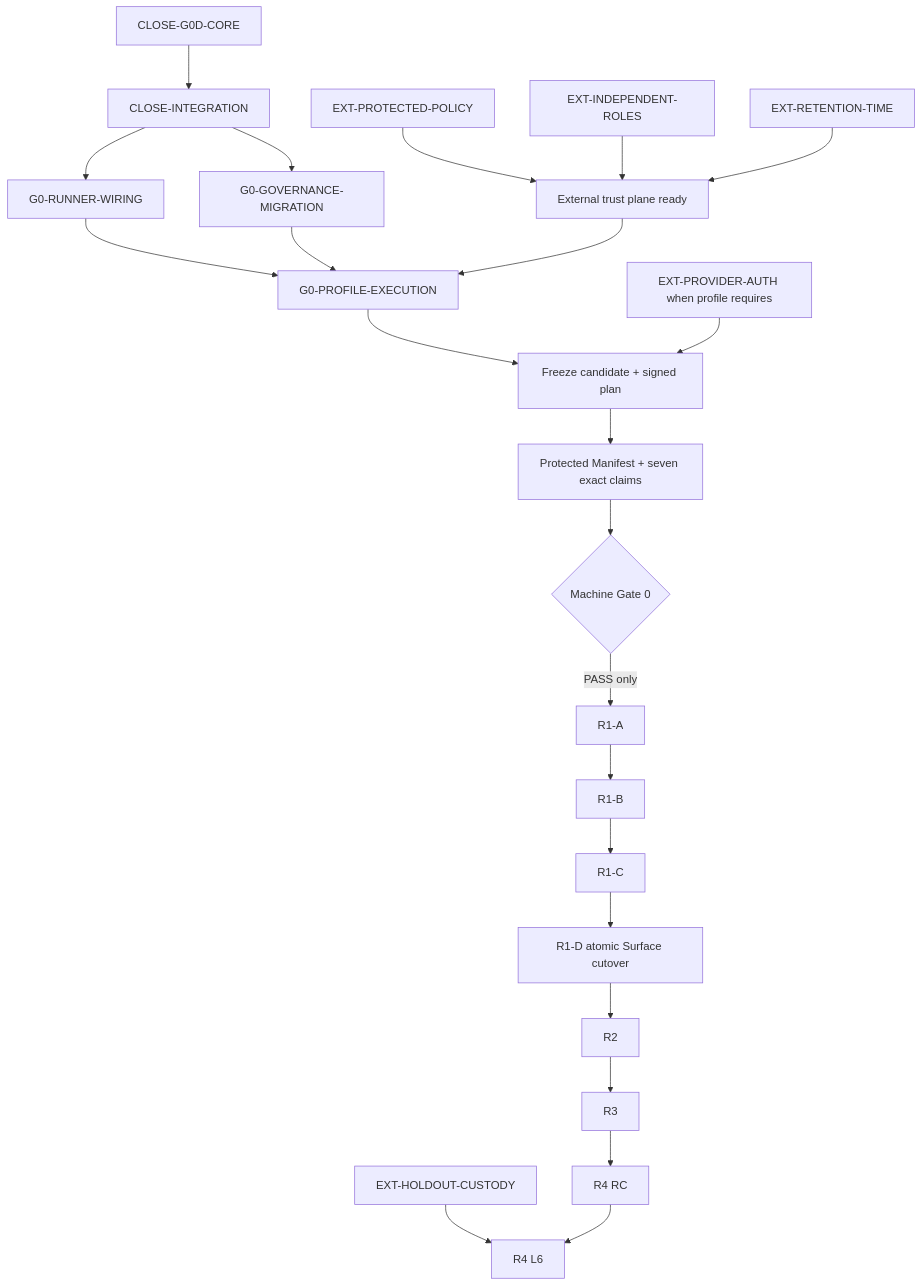
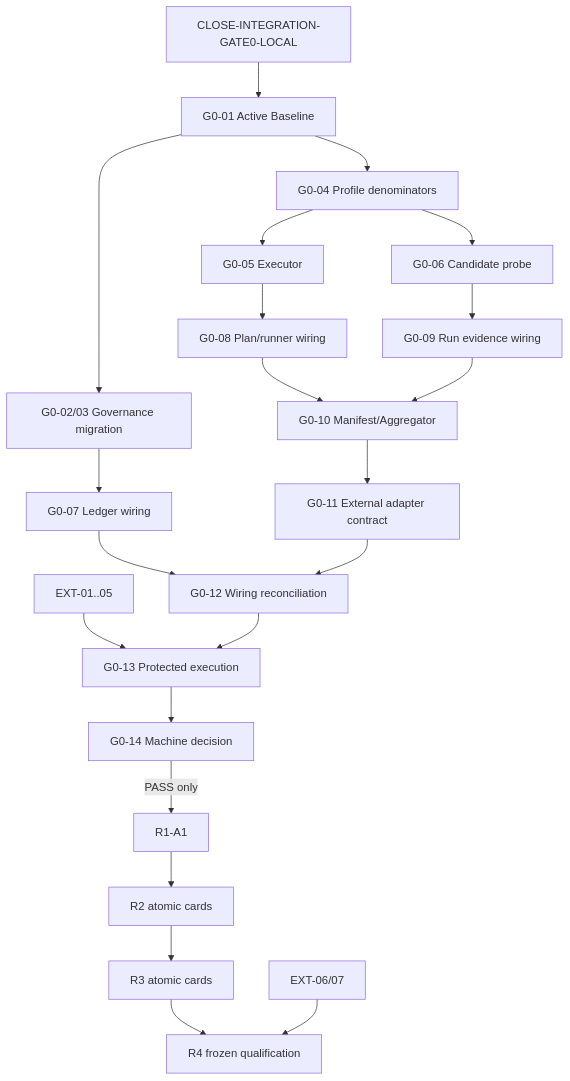
Before and after one commit to FrankFdb/devseek: the diagram in docs/top-agent-convergence-audit-20260711/14-未完成事项与后续整体迭代计划.md, drawn with Mermaid. The commit also changed other lines of this file and 22 other files, not shown here.

Commit message:
feat(governance): close Gate 0 local decision loop

````diff
--- a/docs/top-agent-convergence-audit-20260711/14-未完成事项与后续整体迭代计划.md
+++ b/docs/top-agent-convergence-audit-20260711/14-未完成事项与后续整体迭代计划.md
@@ -95,25 +173,24 @@
 ```mermaid
 flowchart TD
-    A[CLOSE-G0D-CORE] --> B[CLOSE-INTEGRATION]
-    B --> C[G0-RUNNER-WIRING]
-    B --> D[G0-GOVERNANCE-MIGRATION]
-    E[EXT-PROTECTED-POLICY] --> F[External trust plane ready]
-    E2[EXT-INDEPENDENT-ROLES] --> F
-    E3[EXT-RETENTION-TIME] --> F
-    C --> G[G0-PROFILE-EXECUTION]
-    D --> G
-    F --> G
-    G --> H[Freeze candidate + signed plan]
-    E4[EXT-PROVIDER-AUTH when profile requires] --> H
-    H --> I[Protected Manifest + seven exact claims]
-    I --> J{Machine Gate 0}
-    J -->|PASS only| K[R1-A]
-    K --> L[R1-B]
-    L --> M[R1-C]
-    M --> N[R1-D atomic Surface cutover]
-    N --> O[R2]
-    O --> P[R3]
-    P --> Q[R4 RC]
-    E5[EXT-HOLDOUT-CUSTODY] --> R[R4 L6]
-    Q --> R
+    Z[CLOSE-INTEGRATION-GATE0-LOCAL] --> A1[G0-01 Active Baseline]
+    A1 --> A2[G0-02/03 Governance migration]
+    A1 --> P[G0-04 Profile denominators]
+    P --> E[G0-05 Executor]
+    P --> C[G0-06 Candidate probe]
+    A2 --> L[G0-07 Ledger wiring]
+    E --> R[G0-08 Plan/runner wiring]
+    C --> RE[G0-09 Run evidence wiring]
+    R --> AG[G0-10 Manifest/Aggregator]
+    RE --> AG
+    AG --> AD[G0-11 External adapter contract]
+    L --> W[G0-12 Wiring reconciliation]
+    AD --> W
+    X[EXT-01..05] --> PR[G0-13 Protected execution]
+    W --> PR
+    PR --> MD[G0-14 Machine decision]
+    MD -->|PASS only| R1[R1-A1]
+    R1 --> R2[R2 atomic cards]
+    R2 --> R3[R3 atomic cards]
+    R3 --> R4[R4 frozen qualification]
+    X2[EXT-06/07] --> R4
 ```
````
